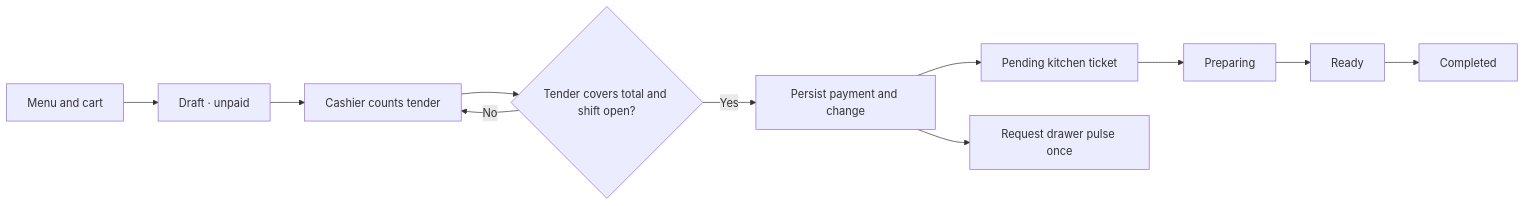
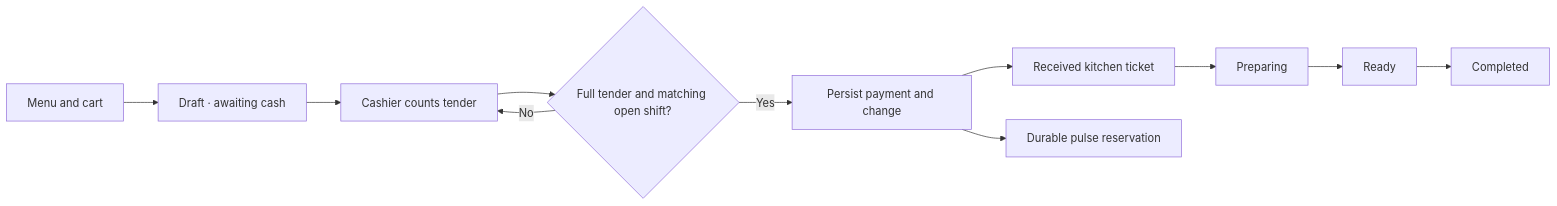
The first of 2 diagrams in DATA_MODEL.md (PWM-Dev/Restaurant001), drawn with Mermaid before and after one commit. The commit also changed other lines of this file and 29 other files, not shown here.

````diff
--- a/DATA_MODEL.md
+++ b/DATA_MODEL.md
@@ -36,13 +15,13 @@
 ```mermaid
 flowchart LR
-  A[Menu and cart] --> B[Draft · unpaid]
+  A[Menu and cart] --> B[Draft · awaiting cash]
   B --> C[Cashier counts tender]
-  C --> D{Tender covers total and shift open?}
+  C --> D{Full tender and matching open shift?}
   D -->|No| C
   D -->|Yes| E[Persist payment and change]
-  E --> F[Pending kitchen ticket]
-  E --> G[Request drawer pulse once]
+  E --> F[Received kitchen ticket]
+  E --> G[Durable pulse reservation]
   F --> H[Preparing]
   H --> I[Ready]
   I --> J[Completed]
 ```
````
